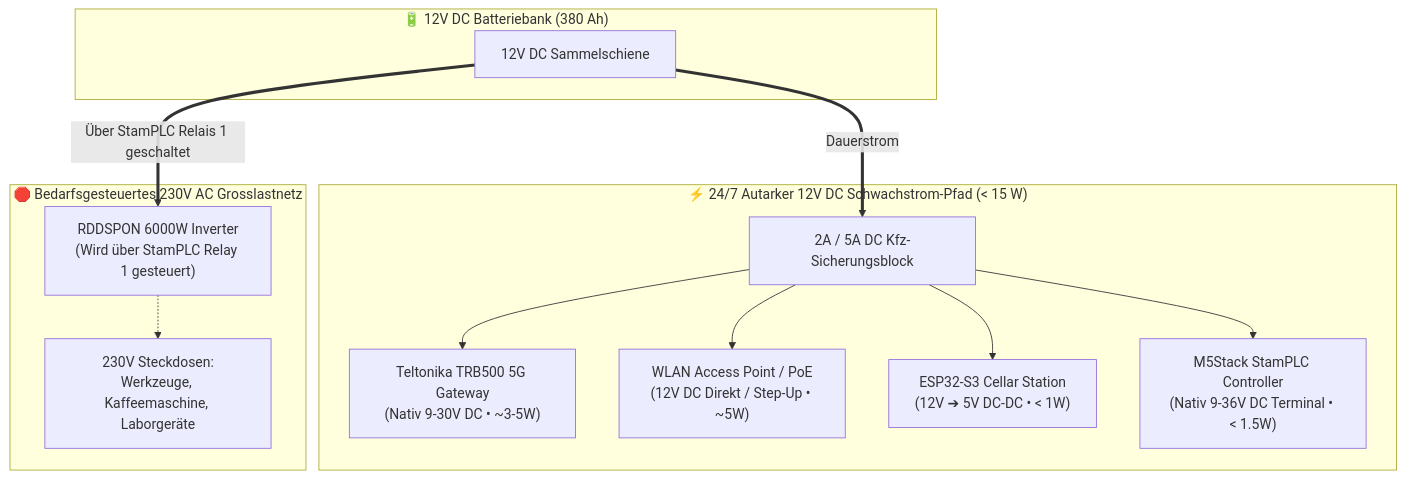
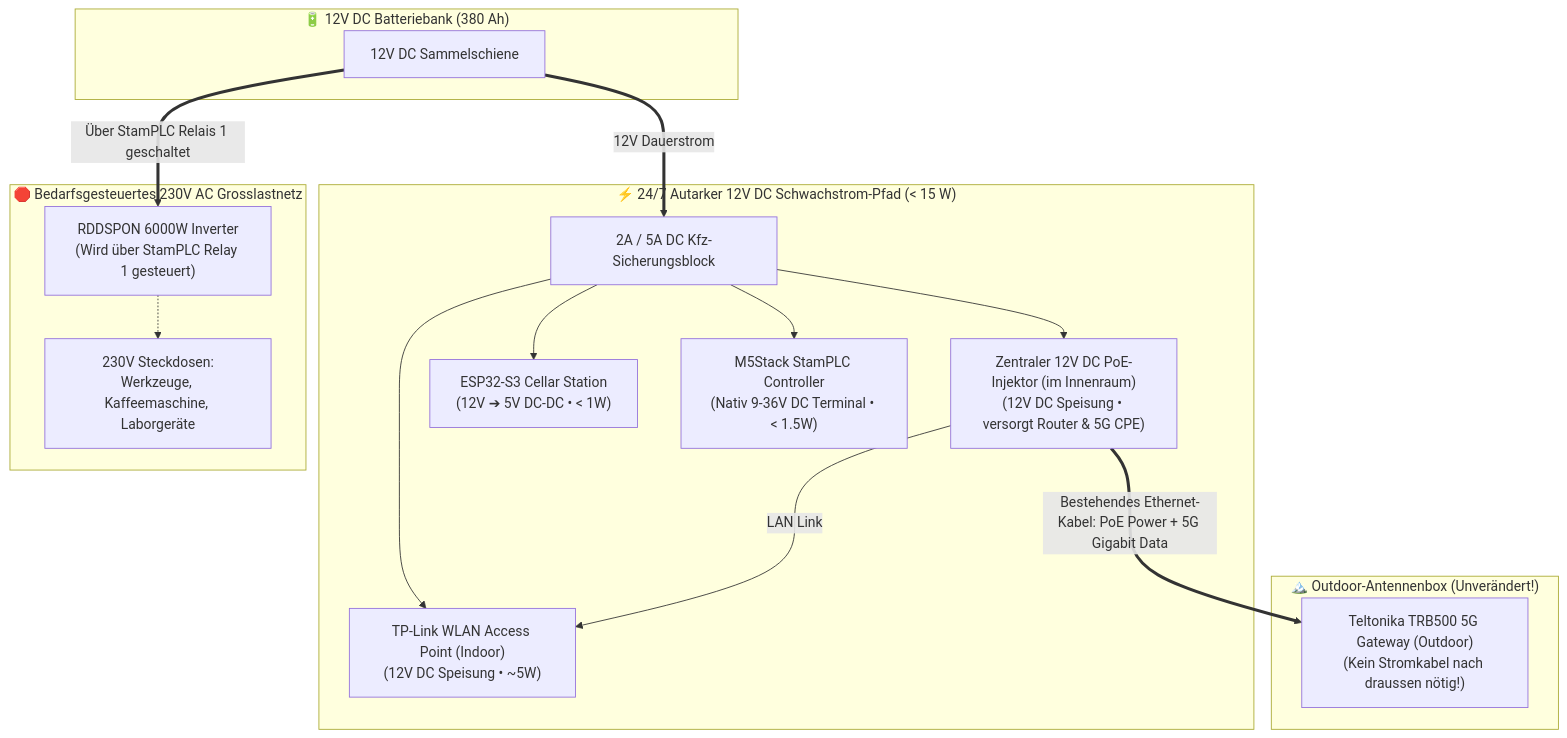
The second of 2 diagrams in NETWORK_5G_INFRASTRUCTURE.md (RandeLab/RandeSolar), drawn with Mermaid before and after one commit. The commit also changed other lines of this file, not shown here.

Commit message:
docs(network): correct topology to show outdoor 5G CPE powered via indoor PoE; simplify 12V upgrade

````diff
--- a/NETWORK_5G_INFRASTRUCTURE.md
+++ b/NETWORK_5G_INFRASTRUCTURE.md
@@ -421,28 +425,35 @@
 ```mermaid
 flowchart TD
     subgraph BAT["🔋 12V DC Batteriebank (380 Ah)"]
         B["12V DC Sammelschiene"]
     end
 
     subgraph DC_BUS["⚡ 24/7 Autarker 12V DC Schwachstrom-Pfad (< 15 W)"]
         FUSE["2A / 5A DC Kfz-Sicherungsblock"]
-        TRB["Teltonika TRB500 5G Gateway<br/>(Nativ 9-30V DC • ~3-5W)"]
-        AP_DC["WLAN Access Point / PoE<br/>(12V DC Direkt / Step-Up • ~5W)"]
+        POE_12V["Zentraler 12V DC PoE-Injektor (im Innenraum)<br/>(12V DC Speisung • versorgt Router & 5G CPE)"]
+        AP_DC["TP-Link WLAN Access Point (Indoor)<br/>(12V DC Speisung • ~5W)"]
         ESP_DC["ESP32-S3 Cellar Station<br/>(12V ➔ 5V DC-DC • < 1W)"]
         PLC_DC["M5Stack StamPLC Controller<br/>(Nativ 9-36V DC Terminal • < 1.5W)"]
+    end
+
+    subgraph OUTDOOR["🏔️ Outdoor-Antennenbox (Unverändert!)"]
+        TRB["Teltonika TRB500 5G Gateway (Outdoor)<br/>(Kein Stromkabel nach draussen nötig!)"]
     end
 
     subgraph AC_HIGH["🛑 Bedarfsgesteuertes 230V AC Grosslastnetz"]
         INV["RDDSPON 6000W Inverter<br/>(Wird über StamPLC Relay 1 gesteuert)"]
         LOADS["230V Steckdosen:<br/>Werkzeuge, Kaffeemaschine, Laborgeräte"]
     end
 
-    B ==>|Dauerstrom| FUSE
-    FUSE --> TRB
+    B ==>|12V Dauerstrom| FUSE
+    FUSE --> POE_12V
     FUSE --> AP_DC
     FUSE --> ESP_DC
     FUSE --> PLC_DC
 
+    POE_12V ==>|Bestehendes Ethernet-Kabel: PoE Power + 5G Gigabit Data| TRB
+    POE_12V -->|LAN Link| AP_DC
+
     B ==>|Über StamPLC Relais 1 geschaltet| INV
     INV -.-> LOADS
 ```
````
